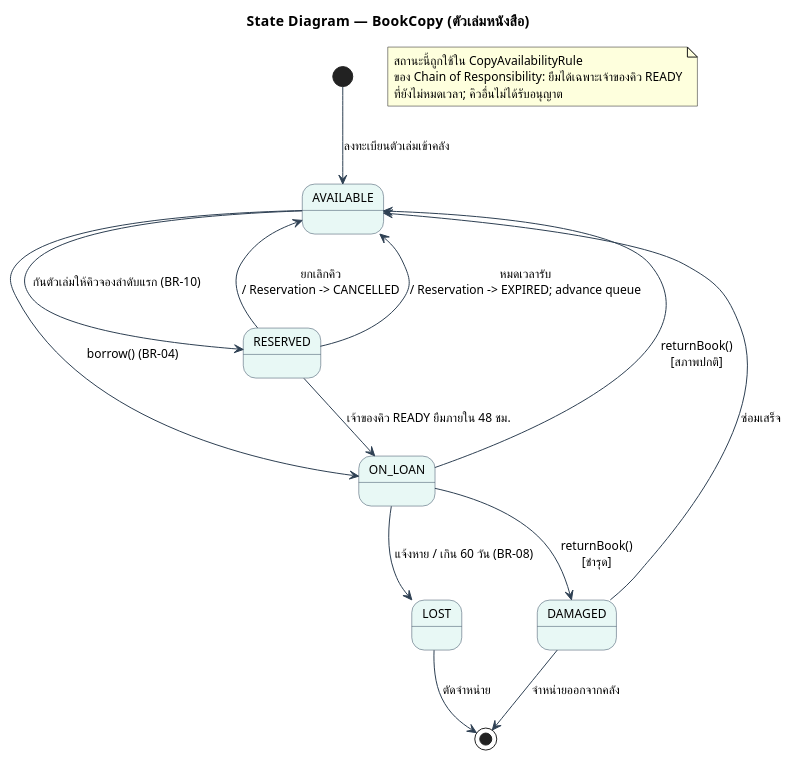
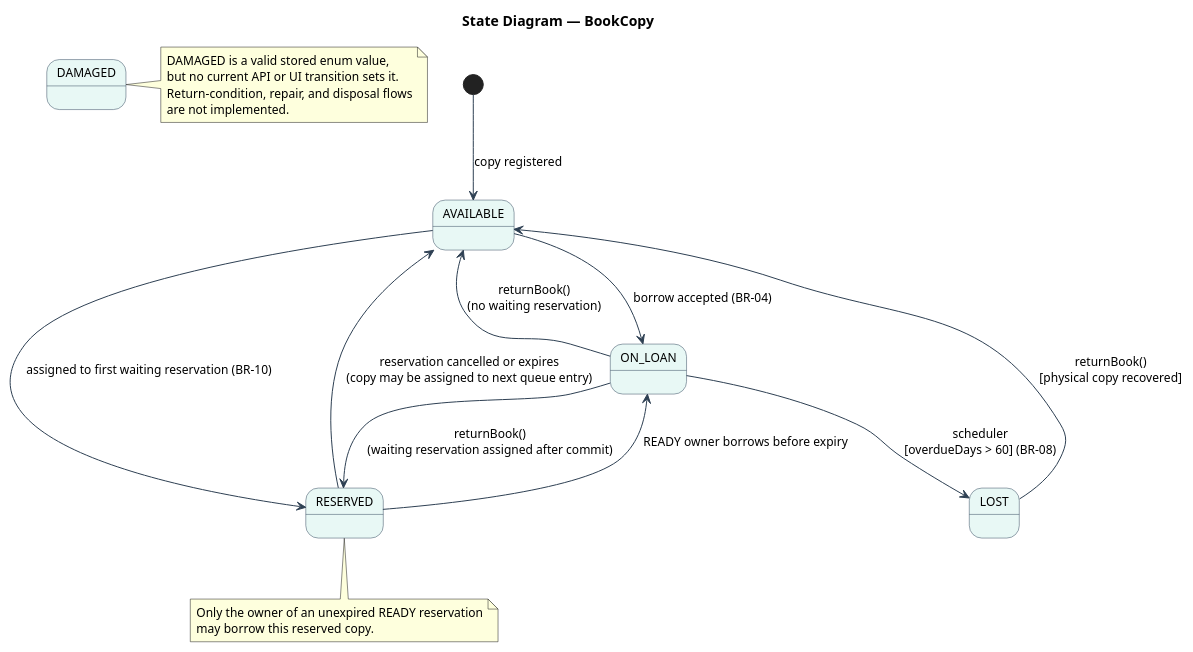
Before and after one commit to boatrocl/library_book_management: the diagram in doc/diagrams/10-state-bookcopy.puml, drawn with PlantUML. The commit also changed 34 other files, not shown here.

Commit message:
docs: synchronize UML diagrams and exports

```diff
--- a/doc/diagrams/10-state-bookcopy.puml
+++ b/doc/diagrams/10-state-bookcopy.puml
@@ -1,36 +1,38 @@
 @startuml 10-state-bookcopy
-title State Diagram — BookCopy (ตัวเล่มหนังสือ)
+title State Diagram — BookCopy
 
 skinparam defaultFontName "Tahoma"
 skinparam defaultFontSize 12
 skinparam shadowing false
 skinparam state {
   BackgroundColor #E8F8F5
   BorderColor #34495E
   ArrowColor #2E4053
 }
 
-[*] --> AVAILABLE : ลงทะเบียนตัวเล่มเข้าคลัง
+[*] --> AVAILABLE : copy registered
+AVAILABLE --> ON_LOAN : borrow accepted (BR-04)
+AVAILABLE --> RESERVED : assigned to first waiting reservation (BR-10)
 
-AVAILABLE --> ON_LOAN : borrow() (BR-04)
-AVAILABLE --> RESERVED : กันตัวเล่มให้คิวจองลำดับแรก (BR-10)
+RESERVED --> ON_LOAN : READY owner borrows before expiry
+RESERVED --> AVAILABLE : reservation cancelled or expires\n(copy may be assigned to next queue entry)
+ON_LOAN --> AVAILABLE : returnBook()\n(no waiting reservation)
+ON_LOAN --> RESERVED : returnBook()\n(waiting reservation assigned after commit)
+ON_LOAN --> LOST : scheduler\n[overdueDays > 60] (BR-08)
+LOST --> AVAILABLE : returnBook()\n[physical copy recovered]
 
-RESERVED --> ON_LOAN : เจ้าของคิว READY ยืมภายใน 48 ชม.
-RESERVED --> AVAILABLE : ยกเลิกคิว\n/ Reservation -> CANCELLED
-RESERVED --> AVAILABLE : หมดเวลารับ\n/ Reservation -> EXPIRED; advance queue
+state DAMAGED
 
-ON_LOAN --> AVAILABLE : returnBook()\n[สภาพปกติ]
-ON_LOAN --> DAMAGED : returnBook()\n[ชำรุด]
-ON_LOAN --> LOST : แจ้งหาย / เกิน 60 วัน (BR-08)
+note right of DAMAGED
+  DAMAGED is a valid stored enum value,
+  but no current API or UI transition sets it.
+  Return-condition, repair, and disposal flows
+  are not implemented.
+end note
 
-DAMAGED --> AVAILABLE : ซ่อมเสร็จ
-DAMAGED --> [*] : จำหน่ายออกจากคลัง
-LOST --> [*] : ตัดจำหน่าย
-
-note as N1
-  สถานะนี้ถูกใช้ใน CopyAvailabilityRule
-  ของ Chain of Responsibility: ยืมได้เฉพาะเจ้าของคิว READY
-  ที่ยังไม่หมดเวลา; คิวอื่นไม่ได้รับอนุญาต
+note bottom of RESERVED
+  Only the owner of an unexpired READY reservation
+  may borrow this reserved copy.
 end note
 
 @enduml
```
